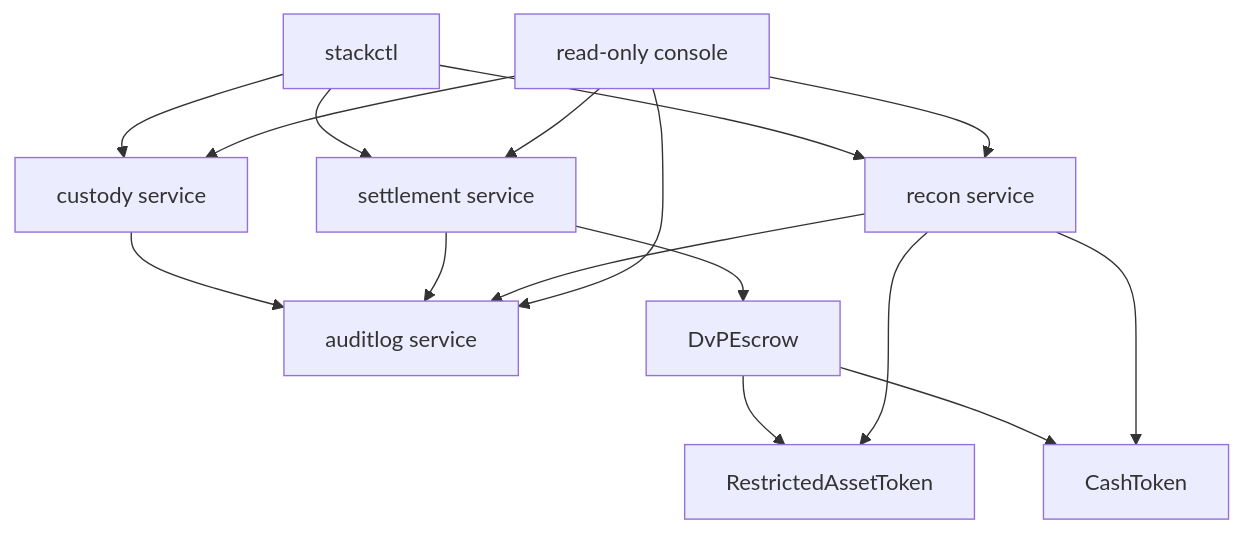
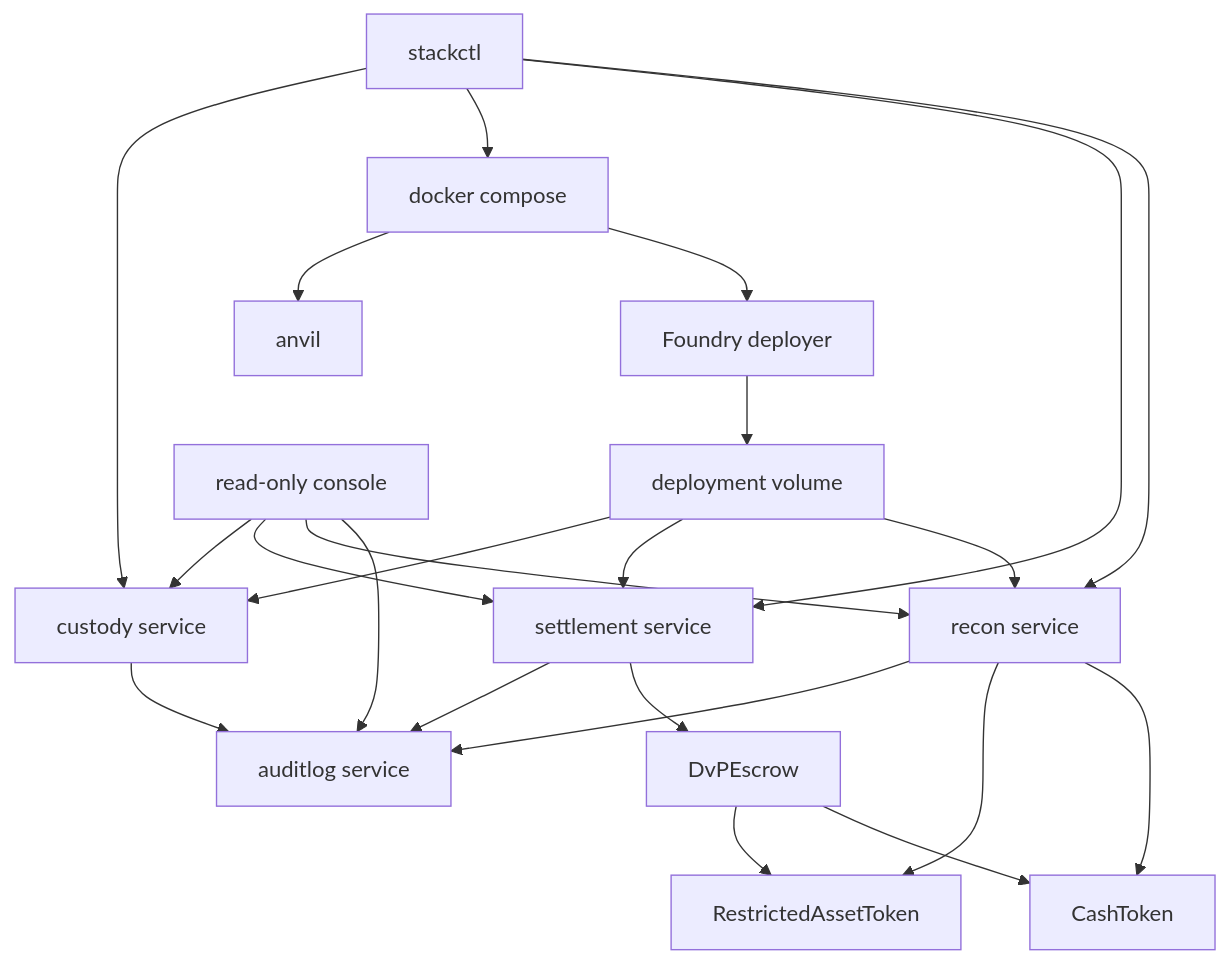
Before and after one commit to vishnugovind10/tokenize-stack: the first of 4 diagrams in ARCHITECTURE.md, drawn with Mermaid. The commit also changed other lines of this file and 30 other files, not shown here.

````diff
--- a/ARCHITECTURE.md
+++ b/ARCHITECTURE.md
@@ -7,18 +7,25 @@
 ```mermaid
 flowchart TB
     CLI["stackctl"] --> Custody["custody service"]
+    CLI --> Compose["docker compose"]
+    Compose --> Anvil["anvil"]
+    Compose --> Deployer["Foundry deployer"]
+    Deployer --> Volume["deployment volume"]
+    Volume --> Custody
+    Volume --> Settlement
+    Volume --> Recon
     CLI --> Settlement["settlement service"]
     CLI --> Recon["recon service"]
     Custody --> Audit["auditlog service"]
     Settlement --> Audit
     Recon --> Audit
     Settlement --> Escrow["DvPEscrow"]
     Escrow --> Asset["RestrictedAssetToken"]
     Escrow --> Cash["CashToken"]
     Recon --> Asset
     Recon --> Cash
     Console["read-only console"] --> Custody
     Console --> Settlement
     Console --> Recon
     Console --> Audit
 ```
````
